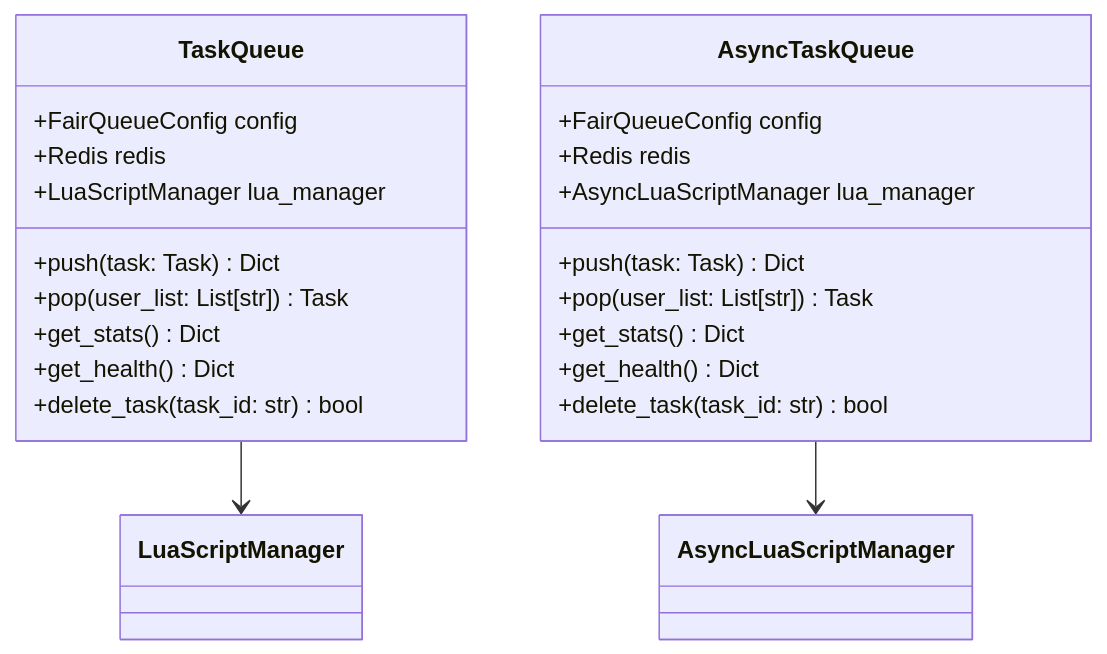
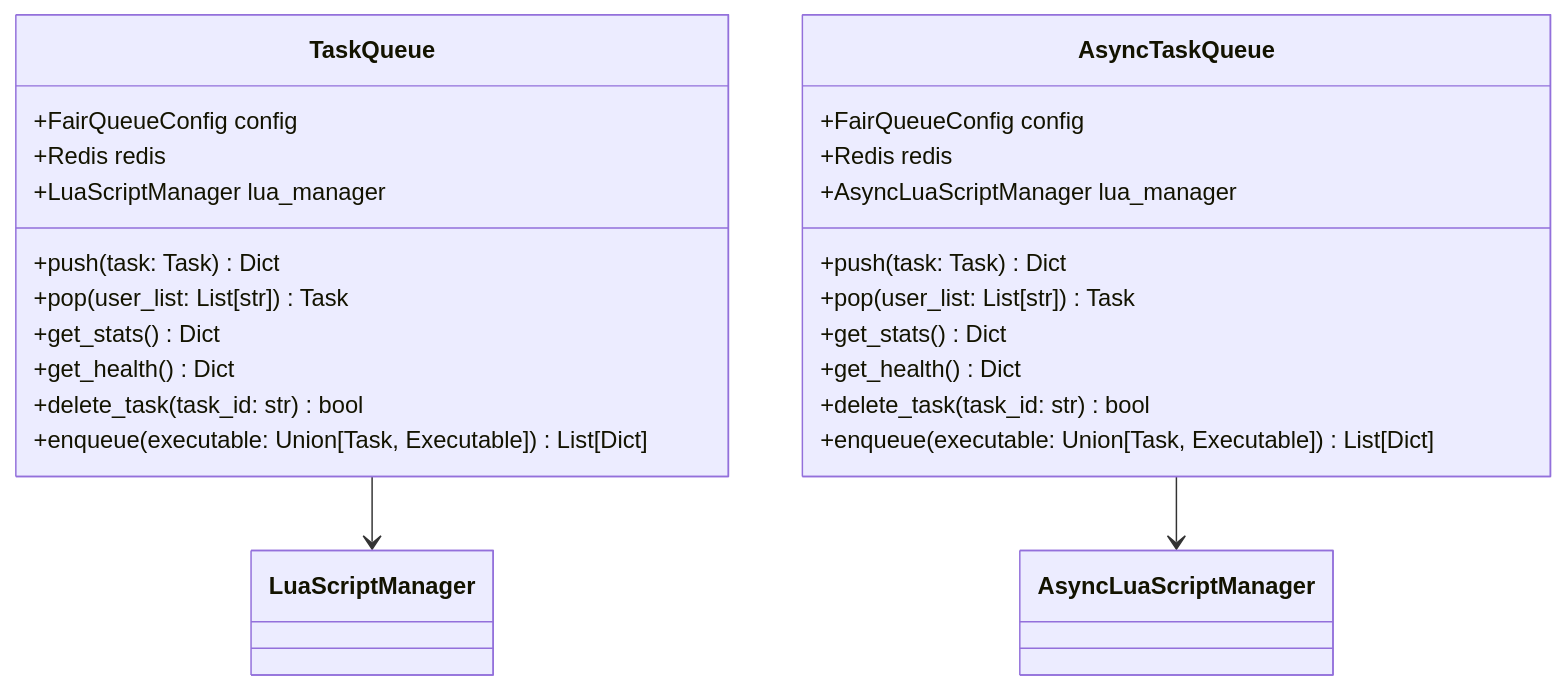
Before and after one commit to premana/fairque: the second of 21 diagrams in docs/architecture.md, drawn with Mermaid. The commit also changed other lines of this file and 4 other files, not shown here.

````diff
--- a/docs/architecture.md
+++ b/docs/architecture.md
@@ -90,27 +104,29 @@
 ```mermaid
 classDiagram
     class TaskQueue {
         +FairQueueConfig config
         +Redis redis
         +LuaScriptManager lua_manager
         +push(task: Task) Dict
         +pop(user_list: List[str]) Task
         +get_stats() Dict
         +get_health() Dict
         +delete_task(task_id: str) bool
+        +enqueue(executable: Union[Task, Executable]) List[Dict]
     }
     
     class AsyncTaskQueue {
         +FairQueueConfig config
         +Redis redis
         +AsyncLuaScriptManager lua_manager
         +push(task: Task) Dict
         +pop(user_list: List[str]) Task
         +get_stats() Dict
         +get_health() Dict
         +delete_task(task_id: str) bool
+        +enqueue(executable: Union[Task, Executable]) List[Dict]
     }
     
     TaskQueue --> LuaScriptManager
     AsyncTaskQueue --> AsyncLuaScriptManager
 ```
````
